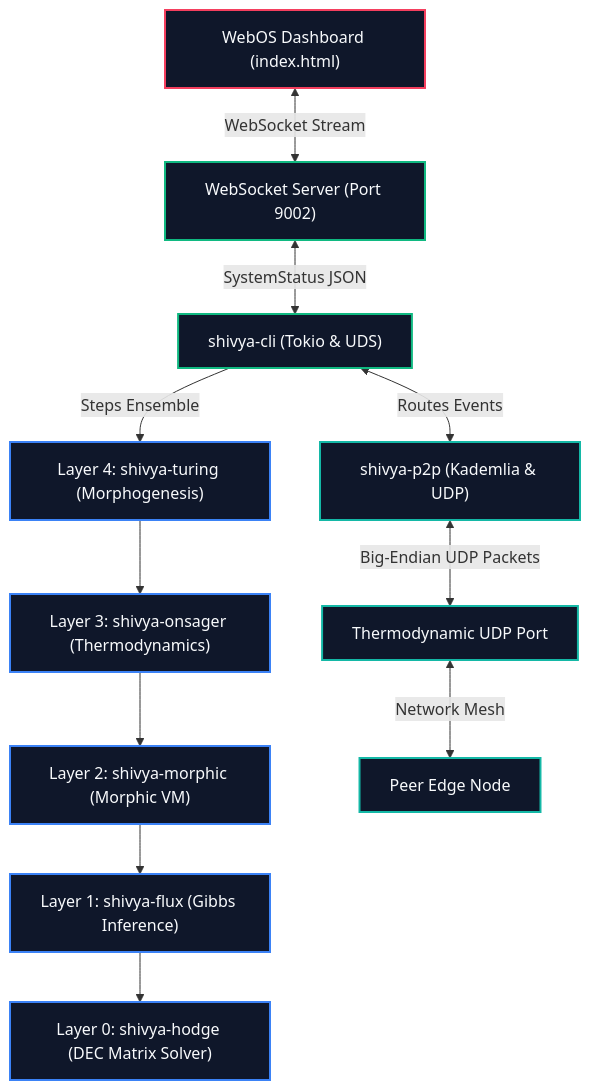
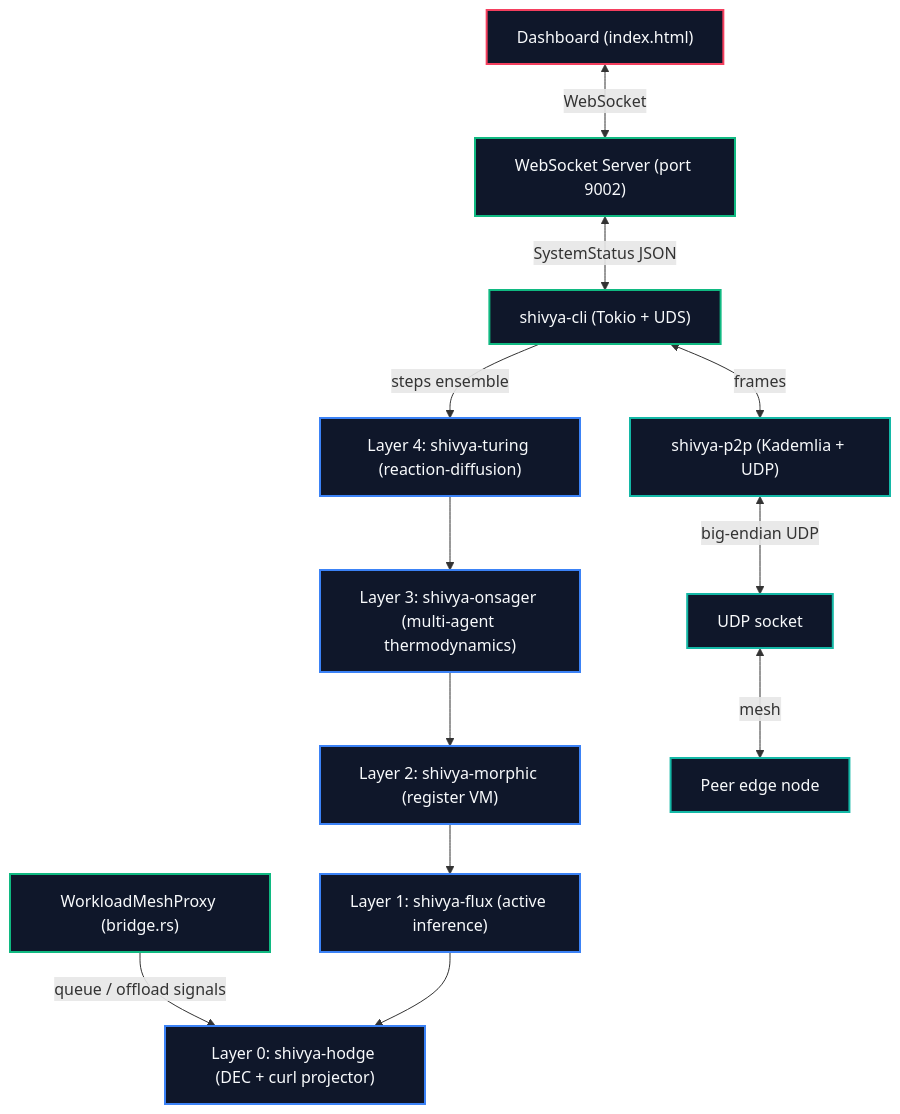
Before and after one commit to jvoltci/shivya: the diagram in docs/architecture.md, drawn with Mermaid. The commit also changed other lines of this file and 24 other files, not shown here.

````diff
--- a/docs/architecture.md
+++ b/docs/architecture.md
@@ -11,35 +11,32 @@
 ```mermaid
 graph TD
     classDef ui fill:#0F172A,stroke:#F43F5E,stroke-width:2px,color:#F8FAFC;
     classDef run fill:#0F172A,stroke:#10B981,stroke-width:2px,color:#F8FAFC;
     classDef net fill:#0F172A,stroke:#14B8A6,stroke-width:2px,color:#F8FAFC;
     classDef core fill:#0F172A,stroke:#3B82F6,stroke-width:2px,color:#F8FAFC;
 
-    %% User Interface Layer
-    Dashboard["WebOS Dashboard (index.html)"]:::ui
+    Dashboard["Dashboard (index.html)"]:::ui
 
-    %% Daemon & CLI Layer
-    CLI["shivya-cli (Tokio & UDS)"]:::run
-    WS["WebSocket Server (Port 9002)"]:::run
+    CLI["shivya-cli (Tokio + UDS)"]:::run
+    Bridge["WorkloadMeshProxy (bridge.rs)"]:::run
+    WS["WebSocket Server (port 9002)"]:::run
 
-    %% P2P Networking Layer
-    P2P["shivya-p2p (Kademlia & UDP)"]:::net
-    UDP["Thermodynamic UDP Port"]:::net
+    P2P["shivya-p2p (Kademlia + UDP)"]:::net
+    UDP["UDP socket"]:::net
 
-    %% Core 5-Layer Stack
-    L4["Layer 4: shivya-turing (Morphogenesis)"]:::core
-    L3["Layer 3: shivya-onsager (Thermodynamics)"]:::core
-    L2["Layer 2: shivya-morphic (Morphic VM)"]:::core
-    L1["Layer 1: shivya-flux (Gibbs Inference)"]:::core
-    L0["Layer 0: shivya-hodge (DEC Matrix Solver)"]:::core
+    L4["Layer 4: shivya-turing (reaction-diffusion)"]:::core
+    L3["Layer 3: shivya-onsager (multi-agent thermodynamics)"]:::core
+    L2["Layer 2: shivya-morphic (register VM)"]:::core
+    L1["Layer 1: shivya-flux (active inference)"]:::core
+    L0["Layer 0: shivya-hodge (DEC + curl projector)"]:::core
 
-    %% Connectivity
-    Dashboard <-->|WebSocket Stream| WS
+    Dashboard <-->|WebSocket| WS
     WS <-->|SystemStatus JSON| CLI
-    CLI -->|Steps Ensemble| L4
+    Bridge -->|queue / offload signals| L0
+    CLI -->|steps ensemble| L4
     L4 --> L3 --> L2 --> L1 --> L0
-    
-    CLI <-->|Routes Events| P2P
-    P2P <-->|Big-Endian UDP Packets| UDP
-    UDP <-->|Network Mesh| PeerNode["Peer Edge Node"]:::net
+
+    CLI <-->|frames| P2P
+    P2P <-->|big-endian UDP| UDP
+    UDP <-->|mesh| PeerNode["Peer edge node"]:::net
 ```
````
